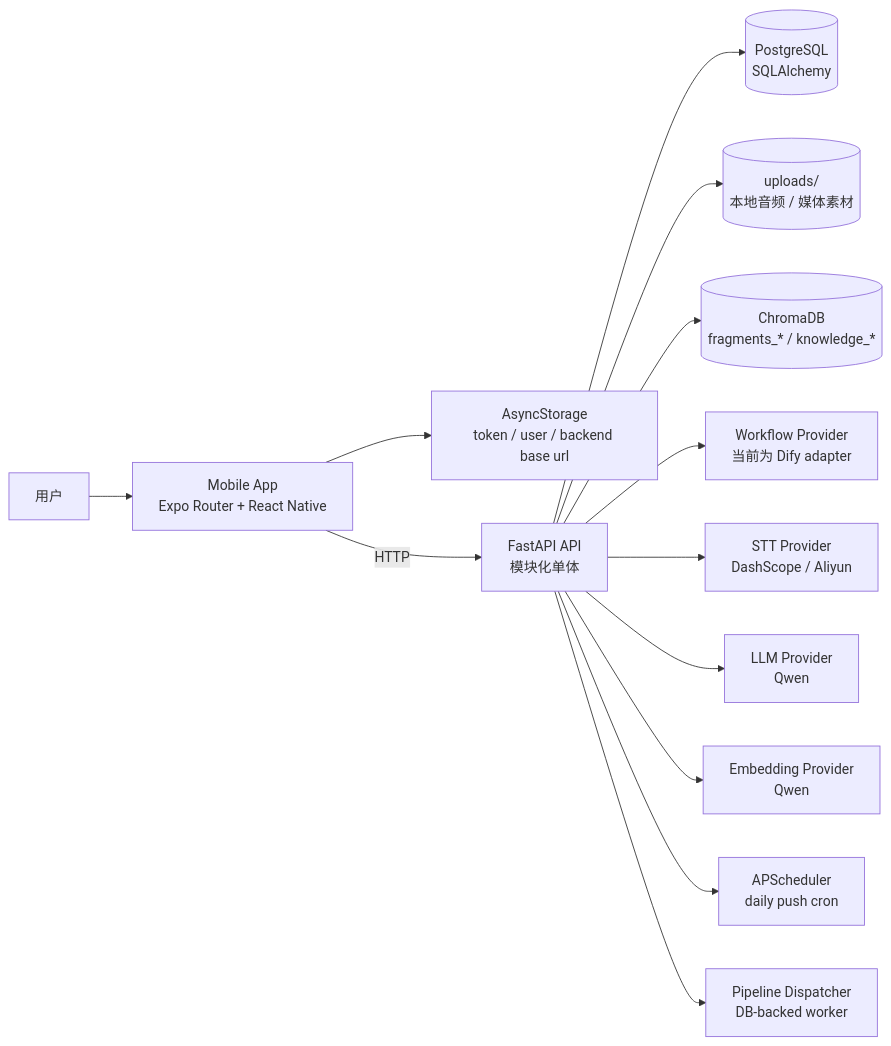
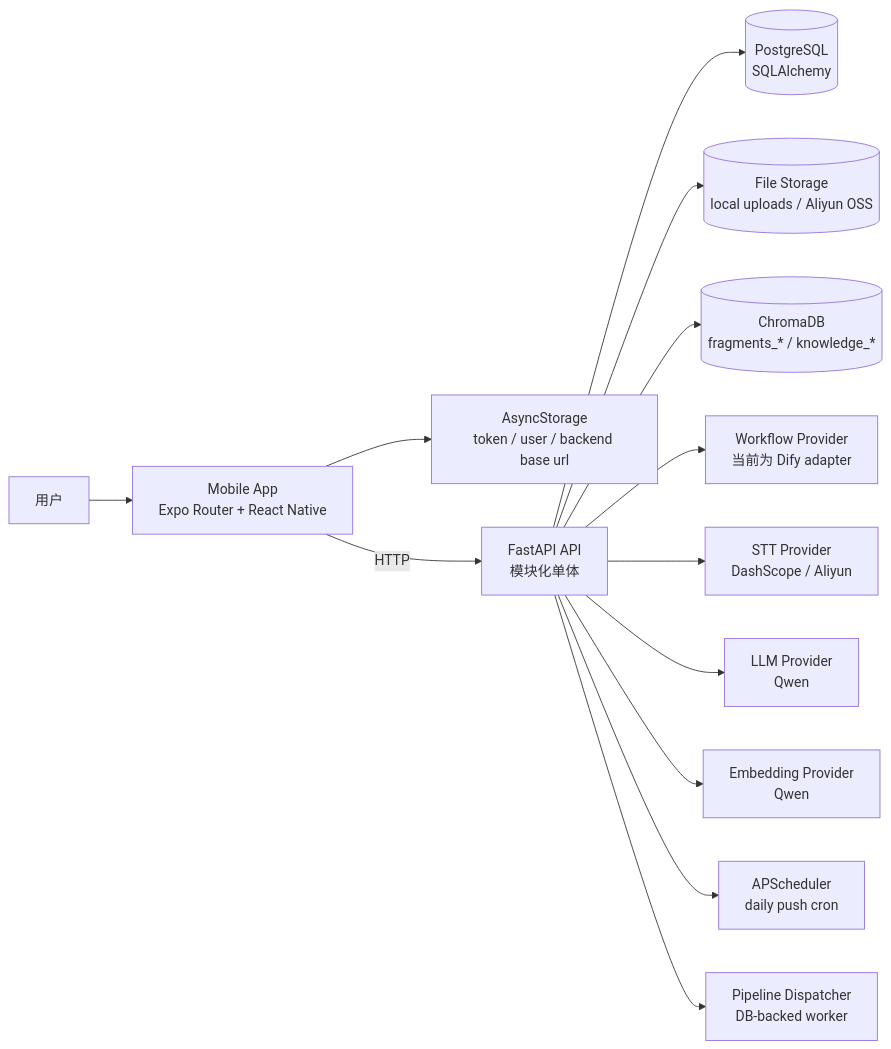
Before and after one commit to YCZA2/SparkFlow: the first of 9 diagrams in memory-bank/architecture.md, drawn with Mermaid. The commit also changed other lines of this file and 40 other files, not shown here.

````diff
--- a/memory-bank/architecture.md
+++ b/memory-bank/architecture.md
@@ -9,29 +9,29 @@
 ```mermaid
 flowchart LR
     U["用户"]
     M["Mobile App<br/>Expo Router + React Native"]
     S["AsyncStorage<br/>token / user / backend base url"]
     API["FastAPI API<br/>模块化单体"]
     DB[("PostgreSQL<br/>SQLAlchemy")]
-    FS[("uploads/<user_id><br/>本地音频 / 媒体素材")]
+    FS[("File Storage<br/>local uploads / Aliyun OSS")]
     CHROMA[("ChromaDB<br/>fragments_* / knowledge_*")]
     WFP["Workflow Provider<br/>当前为 Dify adapter"]
     STT["STT Provider<br/>DashScope / Aliyun"]
     LLM["LLM Provider<br/>Qwen"]
     EMB["Embedding Provider<br/>Qwen"]
     SCH["APScheduler<br/>daily push cron"]
     PIPE["Pipeline Dispatcher<br/>DB-backed worker"]
 
     U --> M
     M --> S
     M -->|HTTP| API
     API --> DB
     API --> FS
     API --> CHROMA
     API --> WFP
     API --> STT
     API --> LLM
     API --> EMB
     API --> SCH
     API --> PIPE
 ```
````
